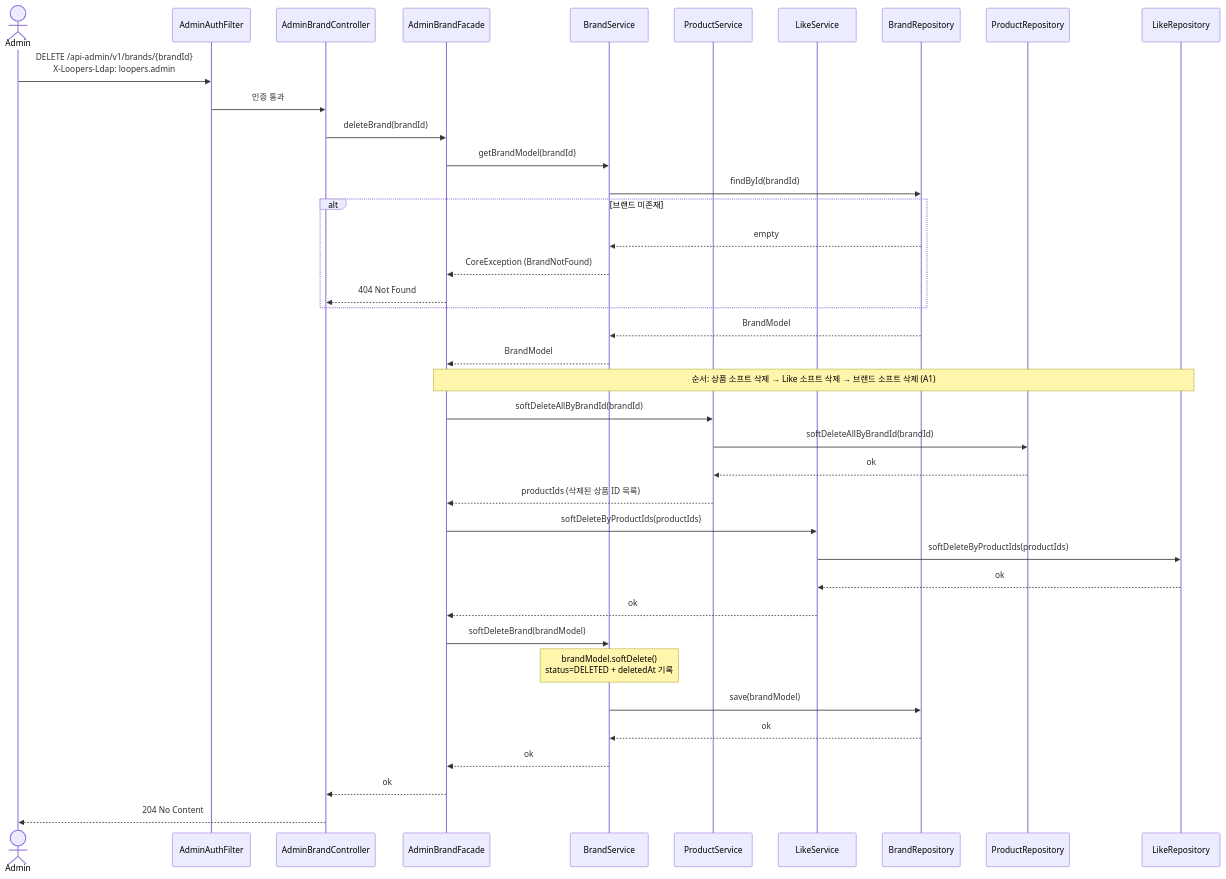
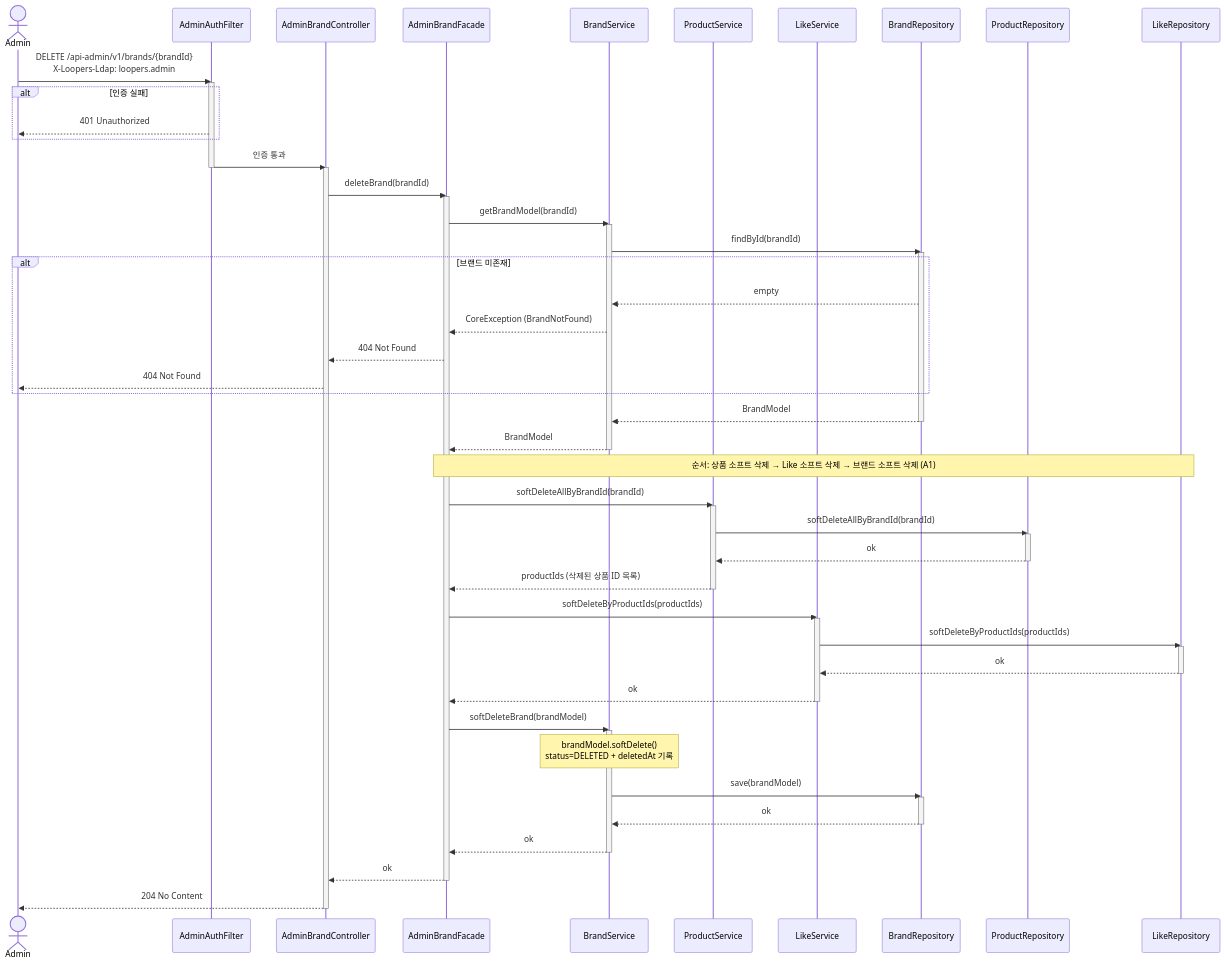
Before and after one commit to loopers-labs/loop-pack-be-l2-vol4-java: diagram 11 of 25 in .docs/design/02-sequence-diagrams.md, drawn with Mermaid. The commit also changed other lines of this file and 5 other files, not shown here.

````diff
--- a/.docs/design/02-sequence-diagrams.md
+++ b/.docs/design/02-sequence-diagrams.md
@@ -419,47 +546,73 @@
 ```mermaid
 sequenceDiagram
     actor Admin
     participant AF as AdminAuthFilter
     participant BC as AdminBrandController
     participant BF as AdminBrandFacade
     participant BS as BrandService
     participant PS as ProductService
     participant LS as LikeService
     participant BR as BrandRepository
     participant PR as ProductRepository
     participant LR as LikeRepository
 
     Admin->>AF: DELETE /api-admin/v1/brands/{brandId}<br/>X-Loopers-Ldap: loopers.admin
+    activate AF
+    alt 인증 실패
+        AF-->>Admin: 401 Unauthorized
+    end
     AF->>BC: 인증 통과
+    deactivate AF
+    activate BC
 
     BC->>BF: deleteBrand(brandId)
+    activate BF
     BF->>BS: getBrandModel(brandId)
+    activate BS
     BS->>BR: findById(brandId)
+    activate BR
     alt 브랜드 미존재
         BR-->>BS: empty
         BS-->>BF: CoreException (BrandNotFound)
         BF-->>BC: 404 Not Found
+        BC-->>Admin: 404 Not Found
     end
     BR-->>BS: BrandModel
+    deactivate BR
     BS-->>BF: BrandModel
+    deactivate BS
 
     Note over BF,LR: 순서: 상품 소프트 삭제 → Like 소프트 삭제 → 브랜드 소프트 삭제 (A1)
     BF->>PS: softDeleteAllByBrandId(brandId)
+    activate PS
     PS->>PR: softDeleteAllByBrandId(brandId)
+    activate PR
     PR-->>PS: ok
+    deactivate PR
     PS-->>BF: productIds (삭제된 상품 ID 목록)
+    deactivate PS
 
     BF->>LS: softDeleteByProductIds(productIds)
+    activate LS
     LS->>LR: softDeleteByProductIds(productIds)
+    activate LR
     LR-->>LS: ok
+    deactivate LR
     LS-->>BF: ok
+    deactivate LS
 
     BF->>BS: softDeleteBrand(brandModel)
+    activate BS
     Note over BS: brandModel.softDelete()<br/>status=DELETED + deletedAt 기록
     BS->>BR: save(brandModel)
+    activate BR
     BR-->>BS: ok
+    deactivate BR
     BS-->>BF: ok
+    deactivate BS
 
     BF-->>BC: ok
+    deactivate BF
     BC-->>Admin: 204 No Content
+    deactivate BC
 ```
````
